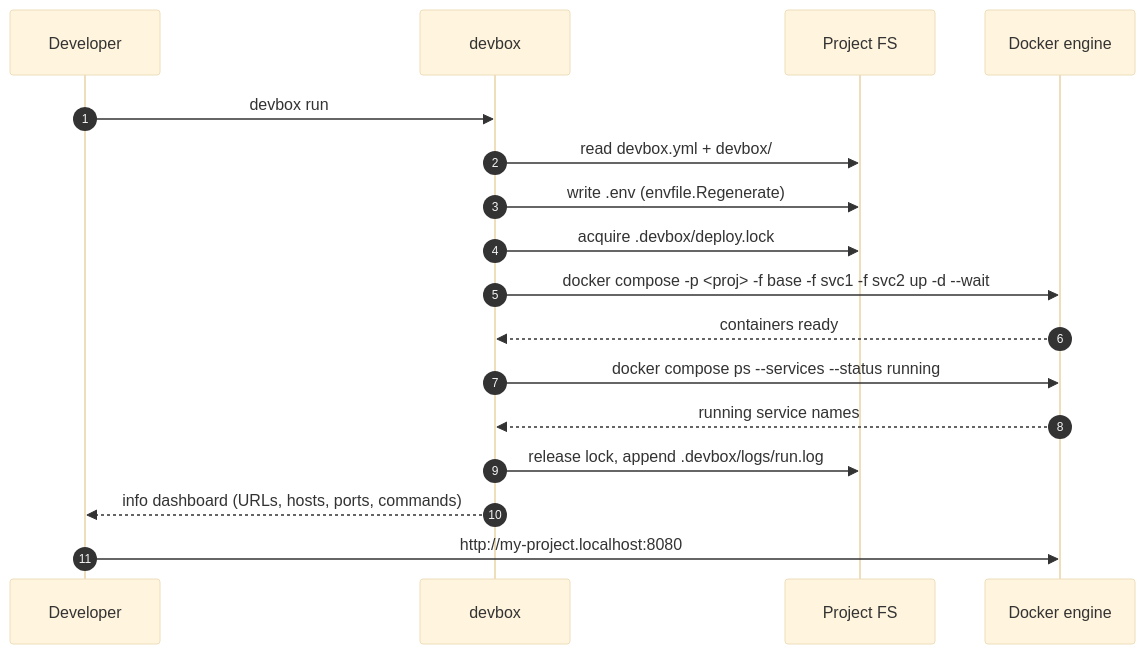
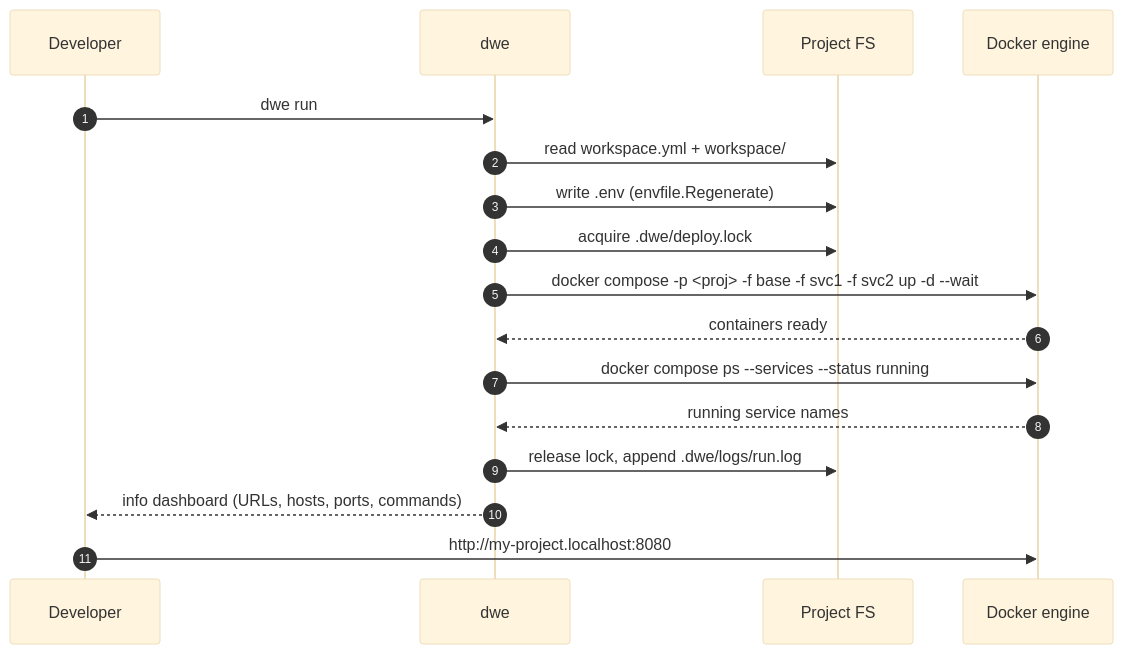
One commit to semsemyonoff/dwe changed the second of 2 diagrams in docs/reference/concepts/architecture.md. Above: the diagram before and after it, drawn with Mermaid (base theme). The commit also changed other lines of this file and 113 other files, not shown here.

First line of the commit message:
feat: Phase 4a+4b — update EN and RU docs for devbox→dwe rebrand

````diff
--- a/docs/reference/concepts/architecture.md
+++ b/docs/reference/concepts/architecture.md
@@ -73,20 +73,20 @@
 ```mermaid
 sequenceDiagram
   autonumber
   participant Dev as Developer
-  participant CLI as devbox
+  participant CLI as dwe
   participant FS as Project FS
   participant Engine as Docker engine
 
-  Dev->>CLI: devbox run
-  CLI->>FS: read devbox.yml + devbox/
+  Dev->>CLI: dwe run
+  CLI->>FS: read workspace.yml + workspace/
   CLI->>FS: write .env (envfile.Regenerate)
-  CLI->>FS: acquire .devbox/deploy.lock
+  CLI->>FS: acquire .dwe/deploy.lock
   CLI->>Engine: docker compose -p <proj> -f base -f svc1 -f svc2 up -d --wait
   Engine-->>CLI: containers ready
   CLI->>Engine: docker compose ps --services --status running
   Engine-->>CLI: running service names
-  CLI->>FS: release lock, append .devbox/logs/run.log
+  CLI->>FS: release lock, append .dwe/logs/run.log
   CLI-->>Dev: info dashboard (URLs, hosts, ports, commands)
   Dev->>Engine: http://my-project.localhost:8080
 ```
````
